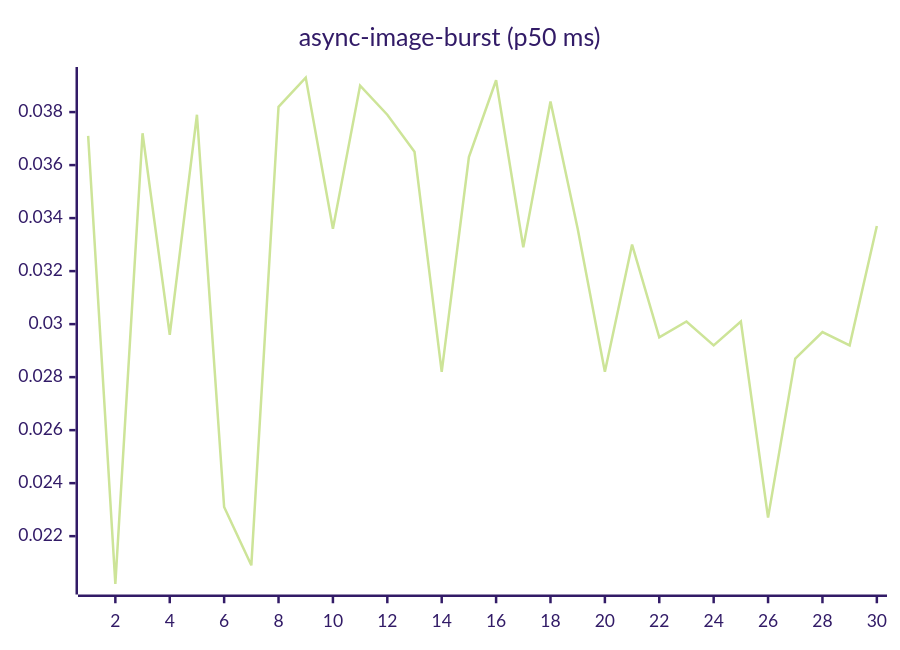
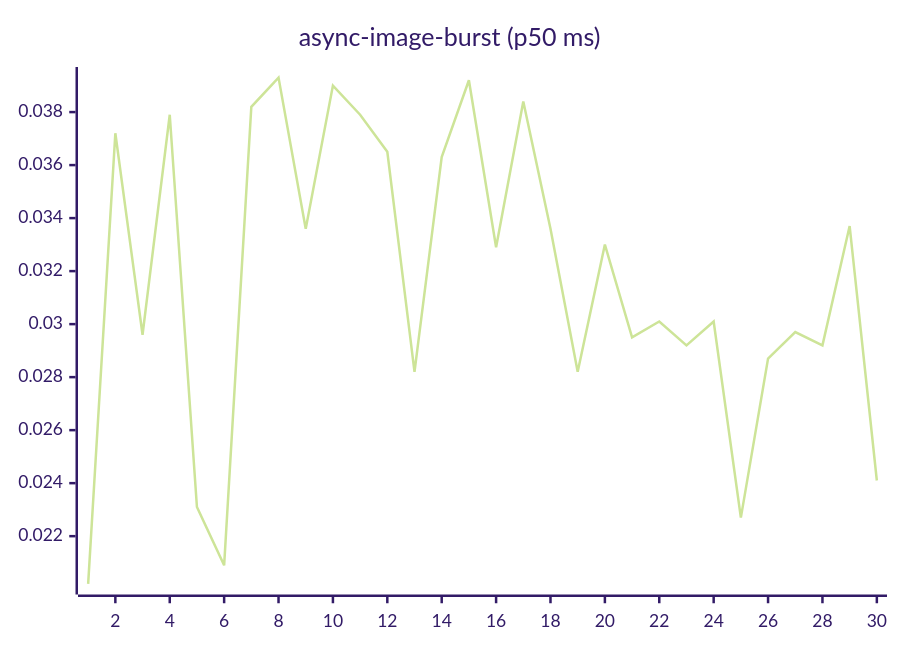
Before and after one commit to josha/Facet: the fourth of 27 diagrams in README.md, drawn with Mermaid (forest theme). The commit also changed other lines of this file and 2 other files, not shown here.

````diff
--- a/README.md
+++ b/README.md
@@ -84,6 +84,6 @@
 ```mermaid
 xychart-beta
     title "async-image-burst (p50 ms)"
     x-axis 1 --> 30
-    line [0.0371, 0.0202, 0.0372, 0.0296, 0.0379, 0.0231, 0.0209, 0.0382, 0.0393, 0.0336, 0.0390, 0.0379, 0.0365, 0.0282, 0.0363, 0.0392, 0.0329, 0.0384, 0.0336, 0.0282, 0.0330, 0.0295, 0.0301, 0.0292, 0.0301, 0.0227, 0.0287, 0.0297, 0.0292, 0.0337]
+    line [0.0202, 0.0372, 0.0296, 0.0379, 0.0231, 0.0209, 0.0382, 0.0393, 0.0336, 0.0390, 0.0379, 0.0365, 0.0282, 0.0363, 0.0392, 0.0329, 0.0384, 0.0336, 0.0282, 0.0330, 0.0295, 0.0301, 0.0292, 0.0301, 0.0227, 0.0287, 0.0297, 0.0292, 0.0337, 0.0241]
 ```
````
